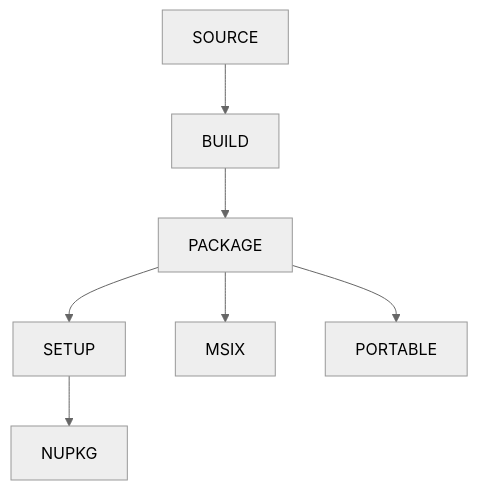
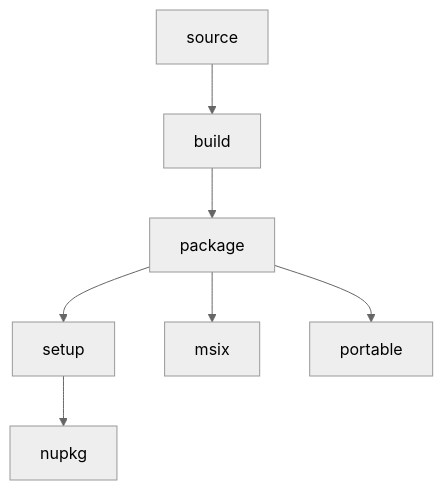
One commit to snazzyatoms/sentinel-bsys6 changed the diagram in README.md. Above: the diagram before and after it, drawn with Mermaid (neutral theme). The commit also changed other lines of this file, not shown here.

````diff
--- a/README.md
+++ b/README.md
@@ -22,5 +22,5 @@
 ```mermaid
 flowchart TB
-    SOURCE --> BUILD --> PACKAGE --> SETUP & MSIX & PORTABLE
-    SETUP --> NUPKG
+    source --> build --> package --> setup & msix & portable
+    setup --> nupkg
 ```
````
